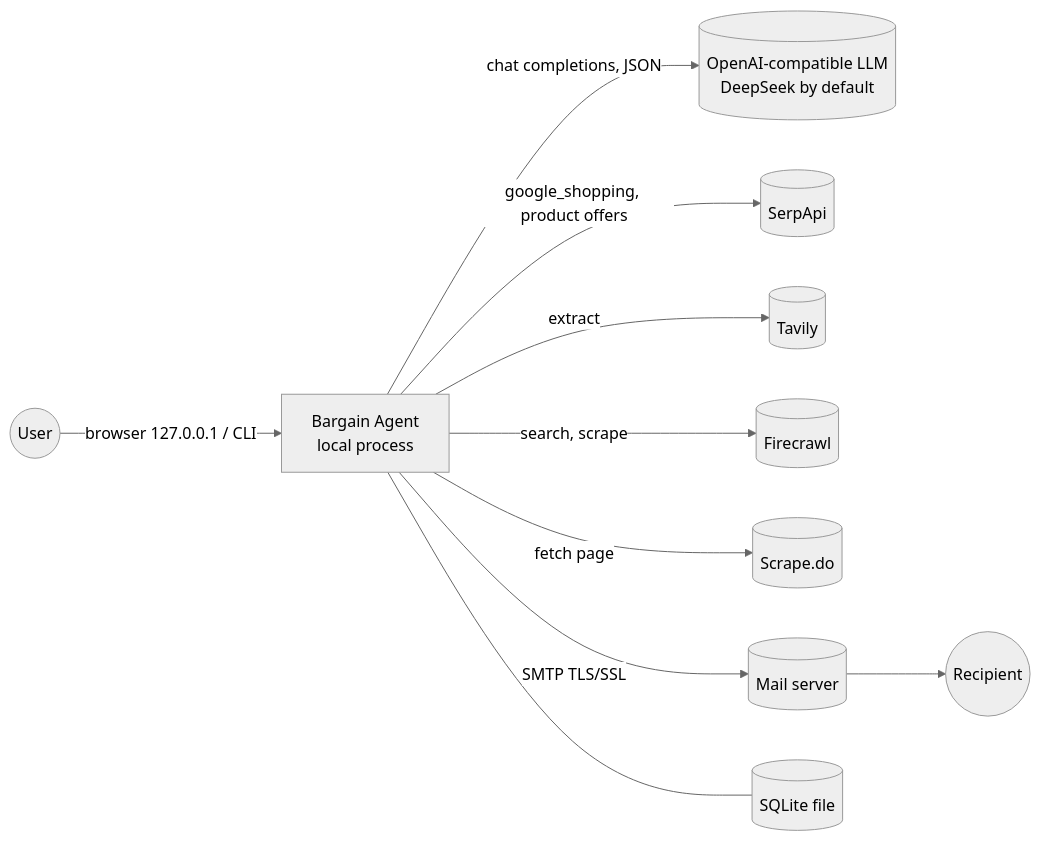
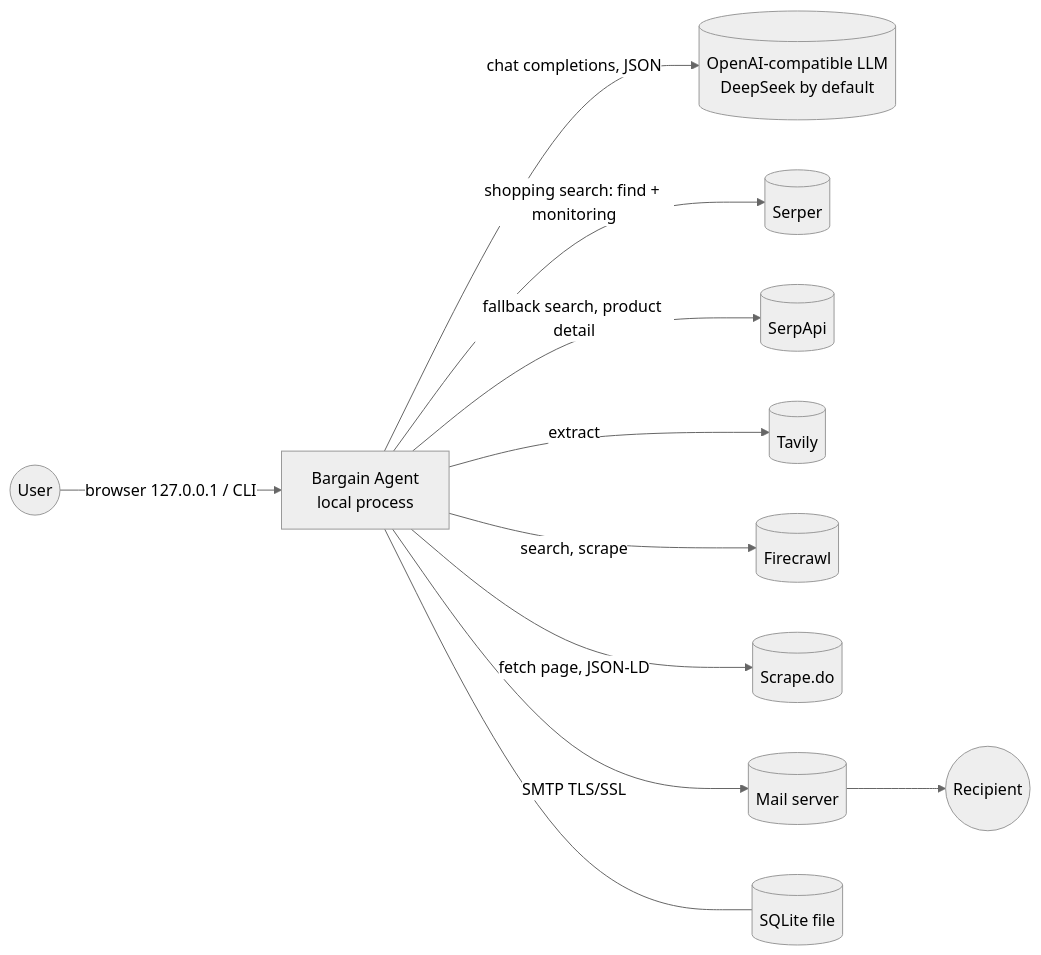
The diagram in docs/SYSTEM_CONTEXT.md (zhangfw0516-oss/bargain-agent), drawn with Mermaid (neutral theme) before and after one commit. The commit also changed other lines of this file and 5 other files, not shown here.

````diff
--- a/docs/SYSTEM_CONTEXT.md
+++ b/docs/SYSTEM_CONTEXT.md
@@ -3,11 +3,12 @@
 ```mermaid
 flowchart LR
     User((User)) -->|browser 127.0.0.1 / CLI| App[Bargain Agent<br/>local process]
     App -->|chat completions, JSON| LLM[(OpenAI-compatible LLM<br/>DeepSeek by default)]
-    App -->|google_shopping, product offers| Serp[(SerpApi)]
+    App -->|shopping search: find + monitoring| Serper[(Serper)]
+    App -->|fallback search, product detail| Serp[(SerpApi)]
     App -->|extract| Tavily[(Tavily)]
     App -->|search, scrape| Fire[(Firecrawl)]
-    App -->|fetch page| ScrapeDo[(Scrape.do)]
+    App -->|fetch page, JSON-LD| ScrapeDo[(Scrape.do)]
     App -->|SMTP TLS/SSL| Mail[(Mail server)] --> Inbox((Recipient))
     App --- DB[(SQLite file)]
 ```
````
